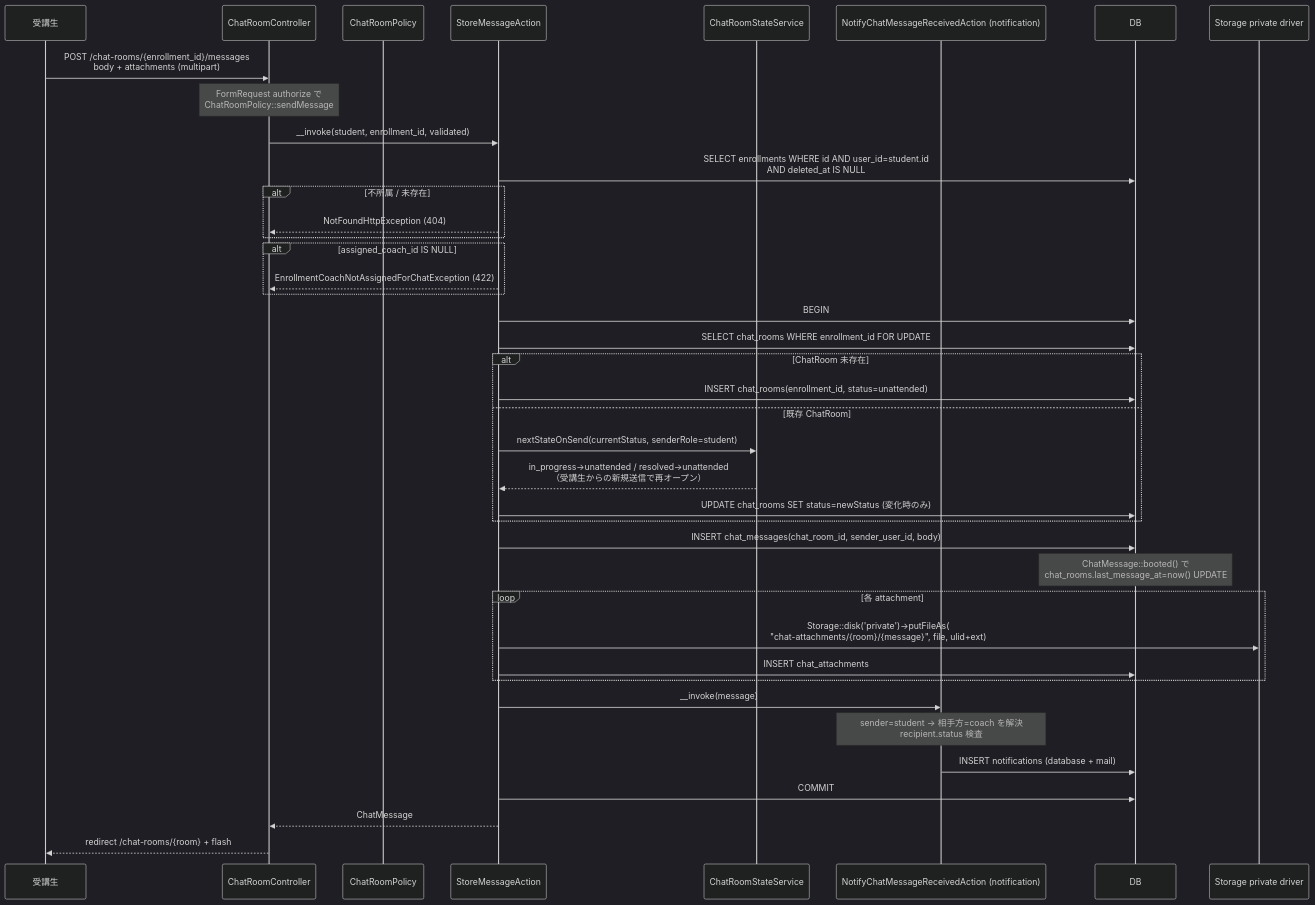
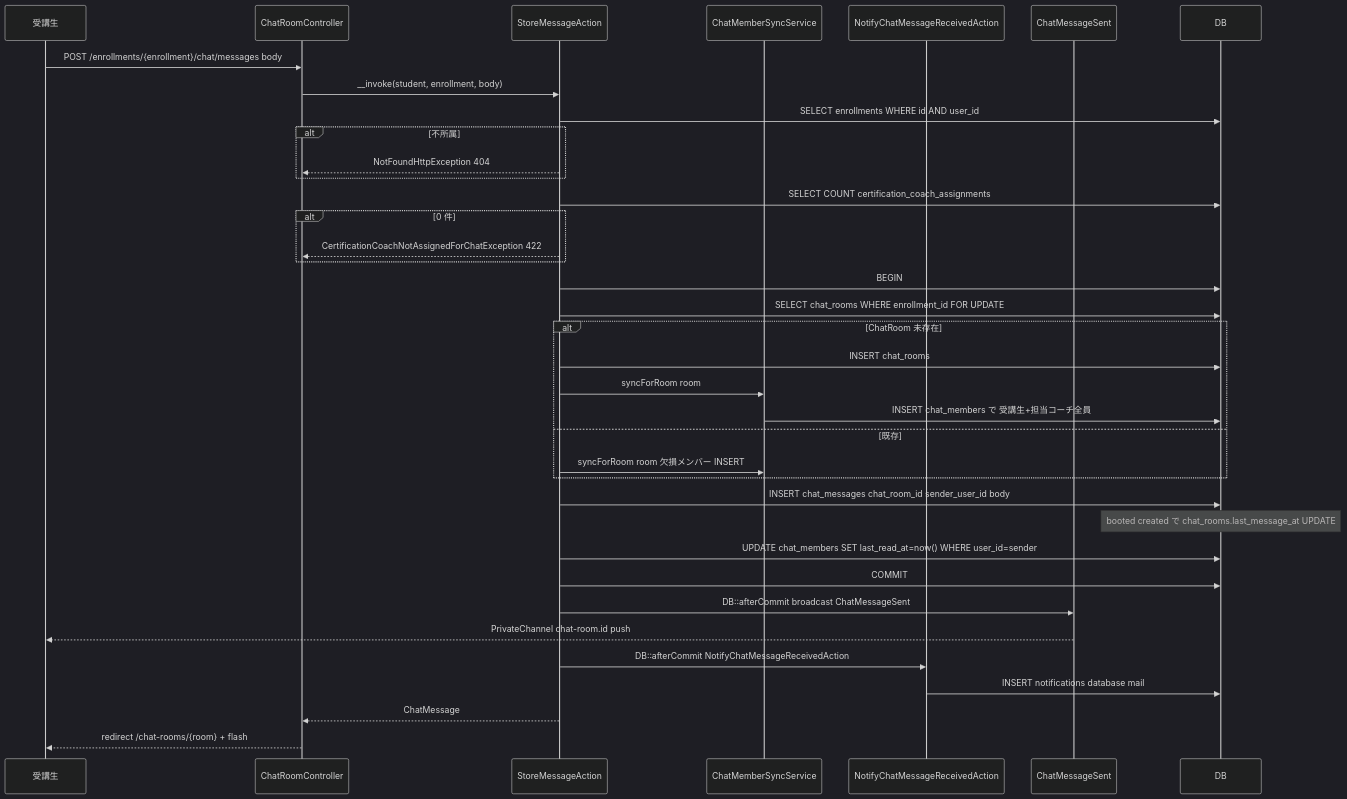
Before and after one commit to coachtech-mockcase-second/ExampleAnswer-mockcase-CertifyLMS: the first of 5 diagrams in docs/specs/chat/design.md, drawn with Mermaid (dark theme). The commit also changed other lines of this file and 67 other files, not shown here.

````diff
--- a/docs/specs/chat/design.md
+++ b/docs/specs/chat/design.md
@@ -11,43 +22,40 @@
 ```mermaid
 sequenceDiagram
     participant Student as 受講生
     participant CRC as ChatRoomController
-    participant Pol as ChatRoomPolicy
     participant SMA as StoreMessageAction
-    participant CRS as ChatRoomStateService
-    participant Notif as NotifyChatMessageReceivedAction (notification)
+    participant CMSync as ChatMemberSyncService
+    participant Notif as NotifyChatMessageReceivedAction
+    participant Event as ChatMessageSent
     participant DB as DB
-    participant FS as Storage private driver
 
-    Student->>CRC: POST /chat-rooms/{enrollment_id}/messages<br/>body + attachments (multipart)
-    Note over CRC: FormRequest authorize で<br/>ChatRoomPolicy::sendMessage
-    CRC->>SMA: __invoke(student, enrollment_id, validated)
-    SMA->>DB: SELECT enrollments WHERE id AND user_id=student.id<br/>AND deleted_at IS NULL
-    alt 不所属 / 未存在
-        SMA-->>CRC: NotFoundHttpException (404)
+    Student->>CRC: POST /enrollments/{enrollment}/chat/messages body
+    CRC->>SMA: __invoke(student, enrollment, body)
+    SMA->>DB: SELECT enrollments WHERE id AND user_id
+    alt 不所属
+        SMA-->>CRC: NotFoundHttpException 404
     end
-    alt assigned_coach_id IS NULL
-        SMA-->>CRC: EnrollmentCoachNotAssignedForChatException (422)
+    SMA->>DB: SELECT COUNT certification_coach_assignments
+    alt 0 件
+        SMA-->>CRC: CertificationCoachNotAssignedForChatException 422
     end
     SMA->>DB: BEGIN
     SMA->>DB: SELECT chat_rooms WHERE enrollment_id FOR UPDATE
     alt ChatRoom 未存在
-        SMA->>DB: INSERT chat_rooms(enrollment_id, status=unattended)
-    else 既存 ChatRoom
-        SMA->>CRS: nextStateOnSend(currentStatus, senderRole=student)
-        CRS-->>SMA: in_progress→unattended / resolved→unattended<br/>（受講生からの新規送信で再オープン）
-        SMA->>DB: UPDATE chat_rooms SET status=newStatus (変化時のみ)
+        SMA->>DB: INSERT chat_rooms
+        SMA->>CMSync: syncForRoom room
+        CMSync->>DB: INSERT chat_members で 受講生+担当コーチ全員
+    else 既存
+        SMA->>CMSync: syncForRoom room 欠損メンバー INSERT
     end
-    SMA->>DB: INSERT chat_messages(chat_room_id, sender_user_id, body)
-    Note over DB: ChatMessage::booted() で<br/>chat_rooms.last_message_at=now() UPDATE
-    loop 各 attachment
-        SMA->>FS: Storage::disk('private')->putFileAs(<br/>"chat-attachments/{room}/{message}", file, ulid+ext)
-        SMA->>DB: INSERT chat_attachments
-    end
-    SMA->>Notif: __invoke(message)
-    Note over Notif: sender=student → 相手方=coach を解決<br/>recipient.status 検査
-    Notif->>DB: INSERT notifications (database + mail)
+    SMA->>DB: INSERT chat_messages chat_room_id sender_user_id body
+    Note over DB: booted created で chat_rooms.last_message_at UPDATE
+    SMA->>DB: UPDATE chat_members SET last_read_at=now() WHERE user_id=sender
     SMA->>DB: COMMIT
+    SMA->>Event: DB::afterCommit broadcast ChatMessageSent
+    Event-->>Student: PrivateChannel chat-room.id push
+    SMA->>Notif: DB::afterCommit NotifyChatMessageReceivedAction
+    Notif->>DB: INSERT notifications database mail
     SMA-->>CRC: ChatMessage
     CRC-->>Student: redirect /chat-rooms/{room} + flash
 ```
````
